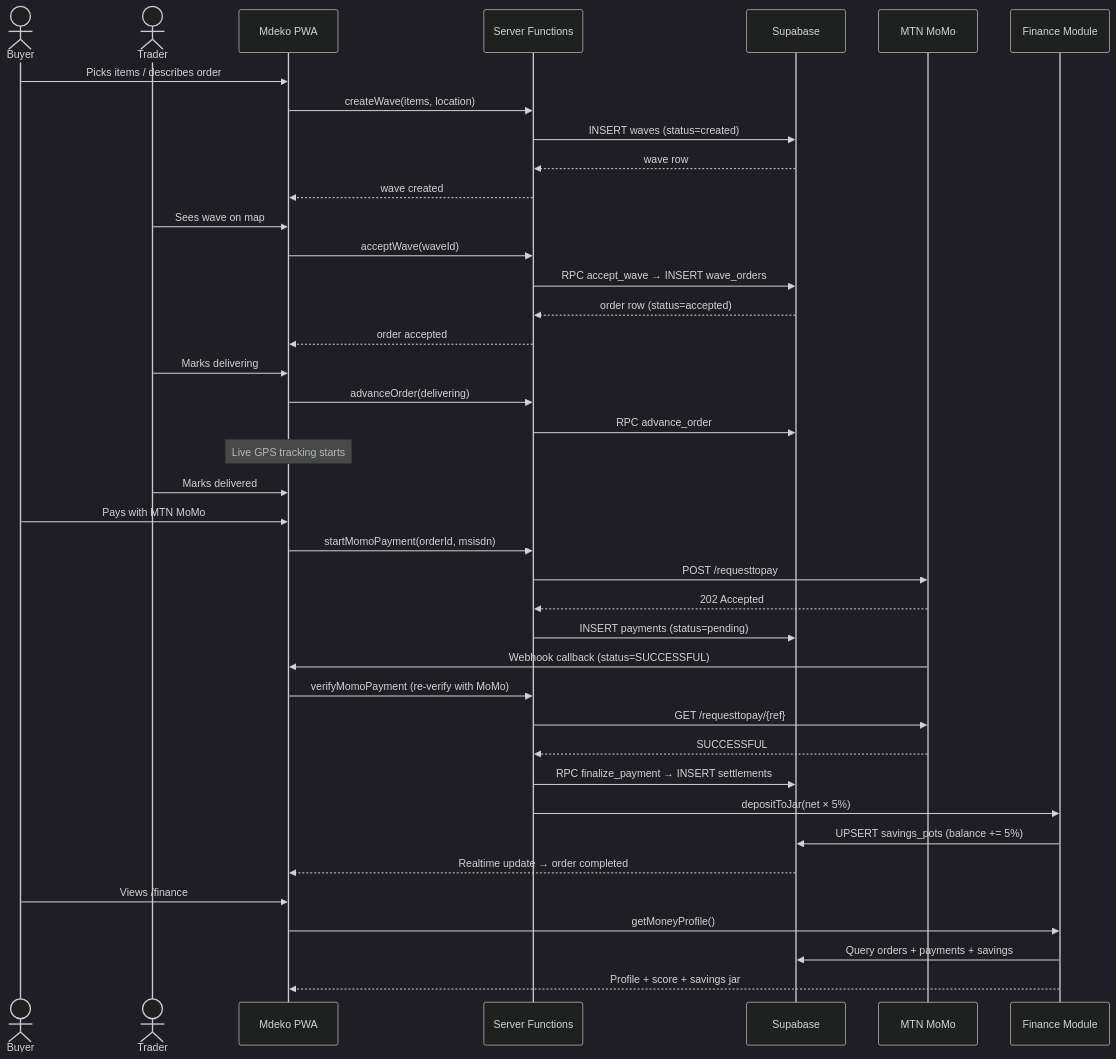
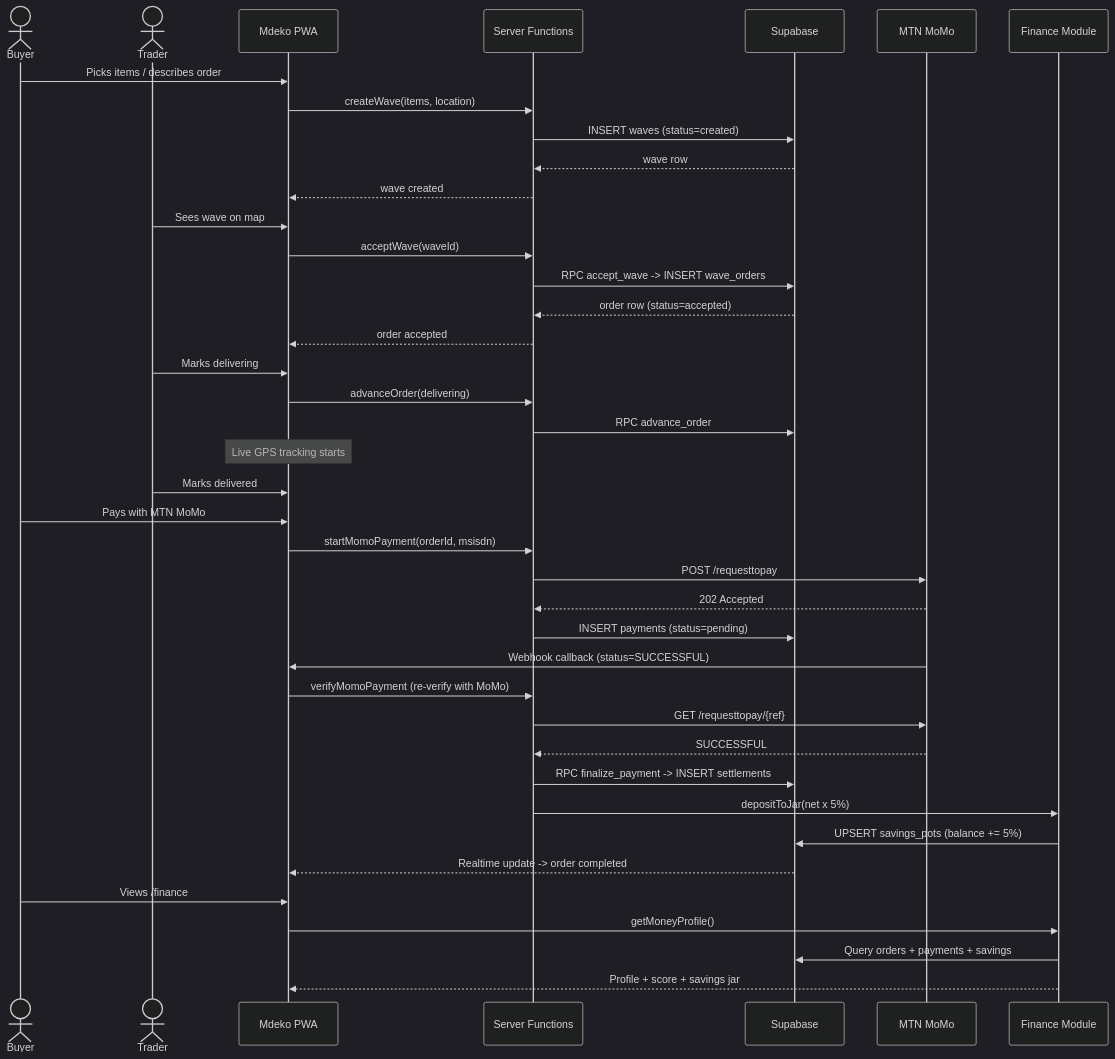
One commit to mpho0sekati/veggie-wave-delivery changed the second of 5 diagrams in README.md. Above: the diagram before and after it, drawn with Mermaid (dark theme). The commit also changed other lines of this file, not shown here.

Commit message:
Fix Mermaid diagrams in README to use more broadly compatible syntax so they render reliably in GitHub and markdown viewers

````diff
--- a/README.md
+++ b/README.md
@@ -79,48 +79,48 @@
 ```mermaid
 sequenceDiagram
     actor Buyer
     actor Trader
     participant App as Mdeko PWA
     participant Server as Server Functions
     participant DB as Supabase
     participant MoMo as MTN MoMo
     participant Finance as Finance Module
 
     Buyer->>App: Picks items / describes order
     App->>Server: createWave(items, location)
     Server->>DB: INSERT waves (status=created)
     DB-->>Server: wave row
     Server-->>App: wave created
 
     Trader->>App: Sees wave on map
     App->>Server: acceptWave(waveId)
-    Server->>DB: RPC accept_wave → INSERT wave_orders
+    Server->>DB: RPC accept_wave -> INSERT wave_orders
     DB-->>Server: order row (status=accepted)
     Server-->>App: order accepted
 
     Trader->>App: Marks delivering
     App->>Server: advanceOrder(delivering)
     Server->>DB: RPC advance_order
     Note over App: Live GPS tracking starts
 
     Trader->>App: Marks delivered
     Buyer->>App: Pays with MTN MoMo
     App->>Server: startMomoPayment(orderId, msisdn)
     Server->>MoMo: POST /requesttopay
     MoMo-->>Server: 202 Accepted
     Server->>DB: INSERT payments (status=pending)
 
     MoMo->>App: Webhook callback (status=SUCCESSFUL)
     App->>Server: verifyMomoPayment (re-verify with MoMo)
     Server->>MoMo: GET /requesttopay/{ref}
     MoMo-->>Server: SUCCESSFUL
-    Server->>DB: RPC finalize_payment → INSERT settlements
-    Server->>Finance: depositToJar(net × 5%)
+    Server->>DB: RPC finalize_payment -> INSERT settlements
+    Server->>Finance: depositToJar(net x 5%)
     Finance->>DB: UPSERT savings_pots (balance += 5%)
-    DB-->>App: Realtime update → order completed
+    DB-->>App: Realtime update -> order completed
 
     Buyer->>App: Views /finance
     App->>Finance: getMoneyProfile()
     Finance->>DB: Query orders + payments + savings
     Finance-->>App: Profile + score + savings jar
 ```
````
